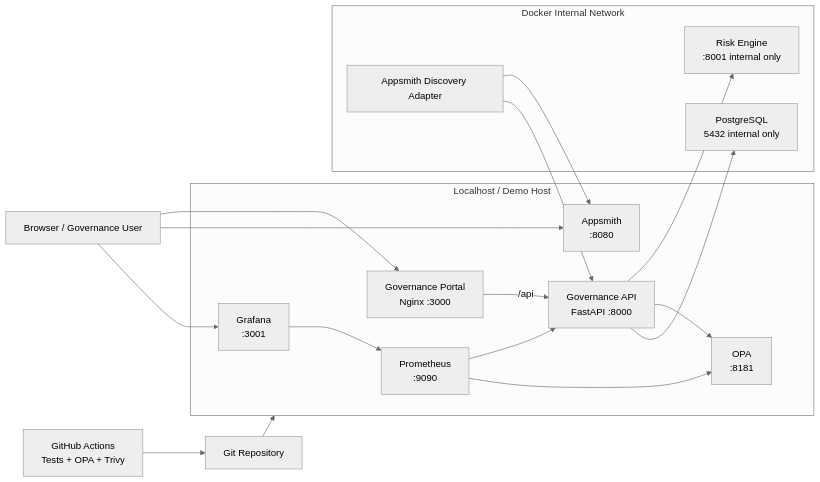
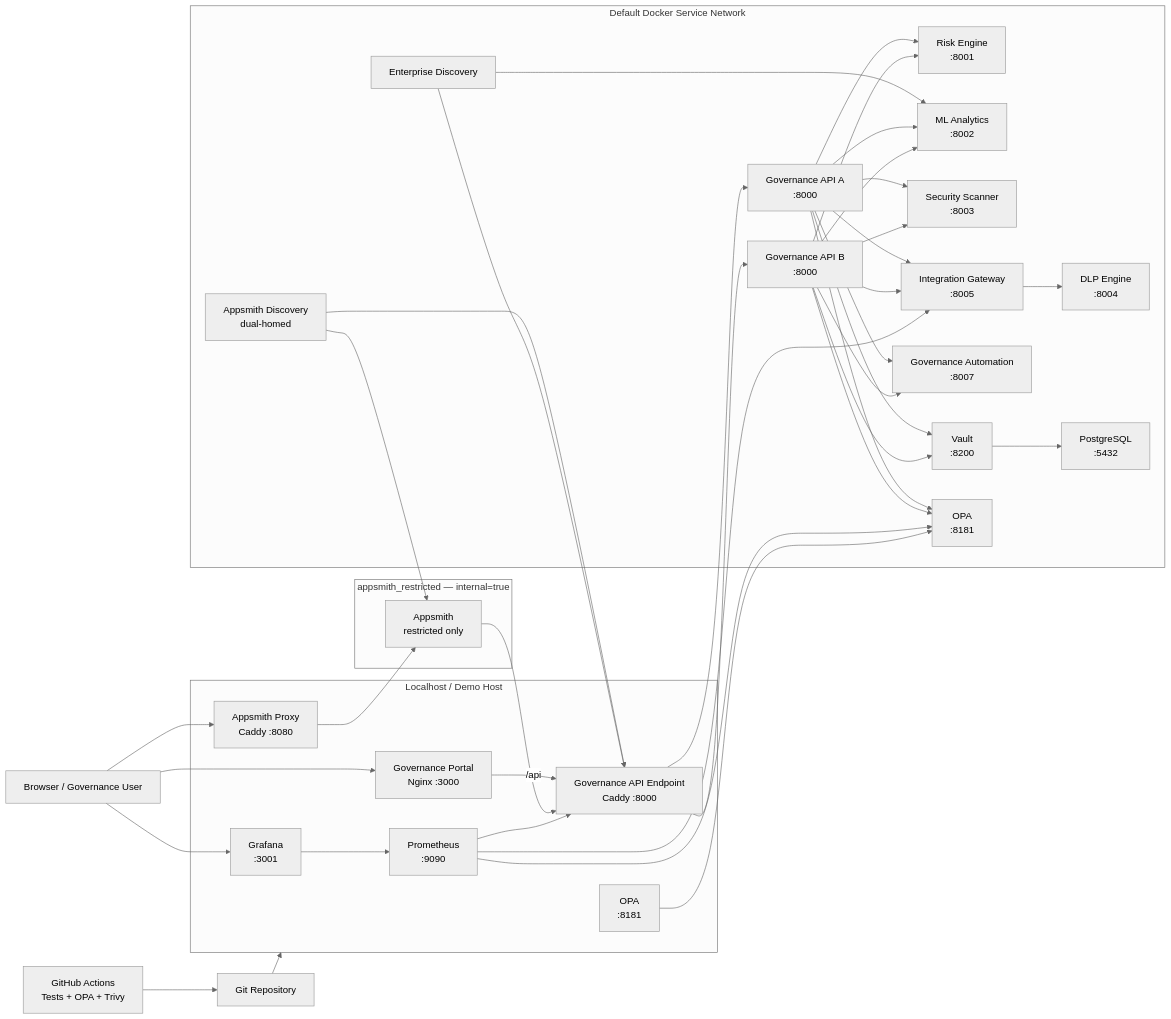
Before and after one commit to hasnainops/lcnc-security-governance: the diagram in architecture/diagrams/02-technical-components.md, drawn with Mermaid (neutral theme). The commit also changed 8 other files, not shown here.

Commit message:
docs: align V5 architecture artifacts

````diff
--- a/architecture/diagrams/02-technical-components.md
+++ b/architecture/diagrams/02-technical-components.md
@@ -3,42 +3,95 @@
 ```mermaid
+
 flowchart LR
+
     USER["Browser / Governance User"]
 
     subgraph HOST["Localhost / Demo Host"]
         PORTAL["Governance Portal<br/>Nginx :3000"]
-        API["Governance API<br/>FastAPI :8000"]
-        APPSMITH["Appsmith<br/>:8080"]
+        APPEDGE["Appsmith Proxy<br/>Caddy :8080"]
+        APIEDGE["Governance API Endpoint<br/>Caddy :8000"]
         GRAFANA["Grafana<br/>:3001"]
         PROM["Prometheus<br/>:9090"]
+        OPAHOST["OPA<br/>:8181"]
+    end
+
+    subgraph RESTRICTED["appsmith_restricted — internal=true"]
+        APPSMITH["Appsmith<br/>restricted only"]
+    end
+
+    subgraph SERVICES["Default Docker Service Network"]
+        DISC["Appsmith Discovery<br/>dual-homed"]
+        EDISC["Enterprise Discovery"]
+
+        APIA["Governance API A<br/>:8000"]
+        APIB["Governance API B<br/>:8000"]
+
+        RISK["Risk Engine<br/>:8001"]
+        ML["ML Analytics<br/>:8002"]
+        SCAN["Security Scanner<br/>:8003"]
+        DLP["DLP Engine<br/>:8004"]
+        GW["Integration Gateway<br/>:8005"]
+        AUTO["Governance Automation<br/>:8007"]
+
+        DB["PostgreSQL<br/>:5432"]
+        VAULT["Vault<br/>:8200"]
         OPA["OPA<br/>:8181"]
     end
 
-    subgraph INTERNAL["Docker Internal Network"]
-        DISC["Appsmith Discovery Adapter"]
-        RISK["Risk Engine<br/>:8001 internal only"]
-        DB["PostgreSQL<br/>5432 internal only"]
-    end
-
     USER --> PORTAL
-    USER --> APPSMITH
+    USER --> APPEDGE
     USER --> GRAFANA
 
-    PORTAL -->|/api| API
+    APPEDGE --> APPSMITH
+
+    PORTAL -->|"/api"| APIEDGE
+
+    APIEDGE --> APIA
+    APIEDGE --> APIB
 
     DISC --> APPSMITH
-    DISC --> API
+    DISC --> APIEDGE
 
-    API --> RISK
-    API --> OPA
-    API --> DB
+    EDISC --> APIEDGE
+    EDISC --> ML
 
-    PROM --> API
+    APPSMITH --> APIEDGE
+
+    APIA --> RISK
+    APIB --> RISK
+
+    APIA --> ML
+    APIB --> ML
+
+    APIA --> SCAN
+    APIB --> SCAN
+
+    APIA --> OPA
+    APIB --> OPA
+
+    APIA --> GW
+    APIB --> GW
+
+    APIA --> AUTO
+    APIB --> AUTO
+
+    APIA --> VAULT
+    APIB --> VAULT
+
+    VAULT --> DB
+    GW --> DLP
+
+    PROM --> APIEDGE
     PROM --> OPA
+    PROM --> GW
+
     GRAFANA --> PROM
+    OPAHOST --> OPA
 
     CI["GitHub Actions<br/>Tests + OPA + Trivy"]
     REPO["Git Repository"]
 
     CI --> REPO
     REPO --> HOST
+
 ```
````
